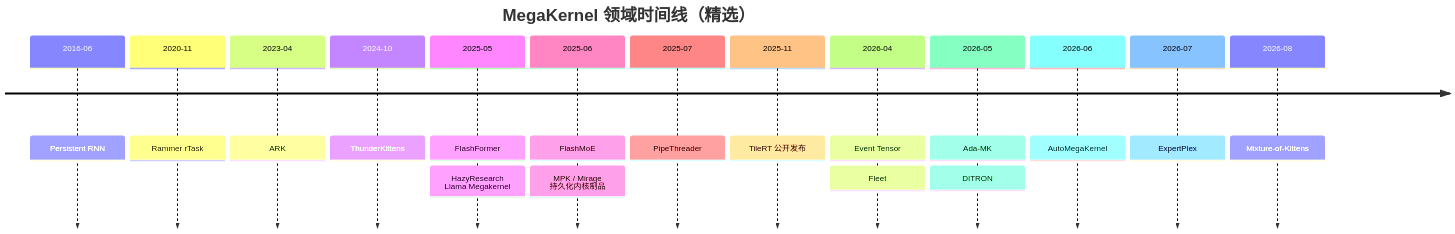
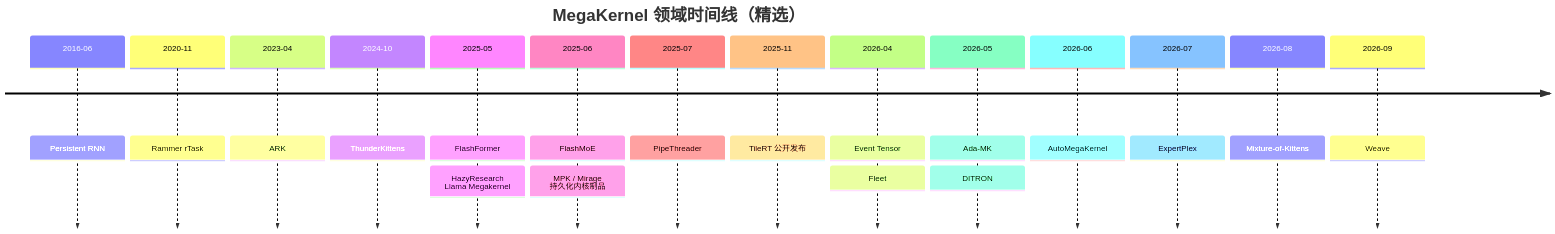
One commit to qhy991/Awesome-MegaKernel changed the second of 2 diagrams in README.zh-CN.md. Above: the diagram before and after it, drawn with Mermaid. The commit also changed other lines of this file and 3 other files, not shown here.

````diff
--- a/README.zh-CN.md
+++ b/README.zh-CN.md
@@ -106,21 +106,22 @@
 ```mermaid
 timeline
     title MegaKernel 领域时间线（精选）
     2016-06 : Persistent RNN
     2020-11 : Rammer rTask
     2023-04 : ARK
     2024-10 : ThunderKittens
     2025-05 : FlashFormer
             : HazyResearch Llama Megakernel
     2025-06 : FlashMoE
             : MPK / Mirage 持久化内核制品
     2025-07 : PipeThreader
     2025-11 : TileRT 公开发布
     2026-04 : Event Tensor
             : Fleet
     2026-05 : Ada-MK
             : DITRON
     2026-06 : AutoMegaKernel
     2026-07 : ExpertPlex
     2026-08 : Mixture-of-Kittens
+    2026-09 : Weave
 ```
````
